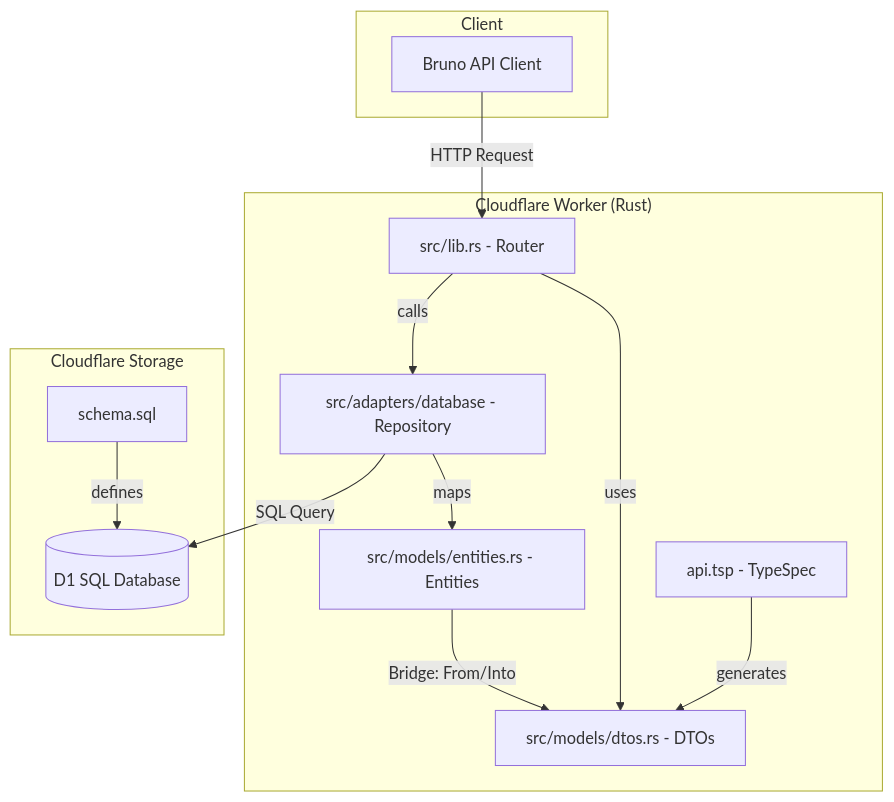
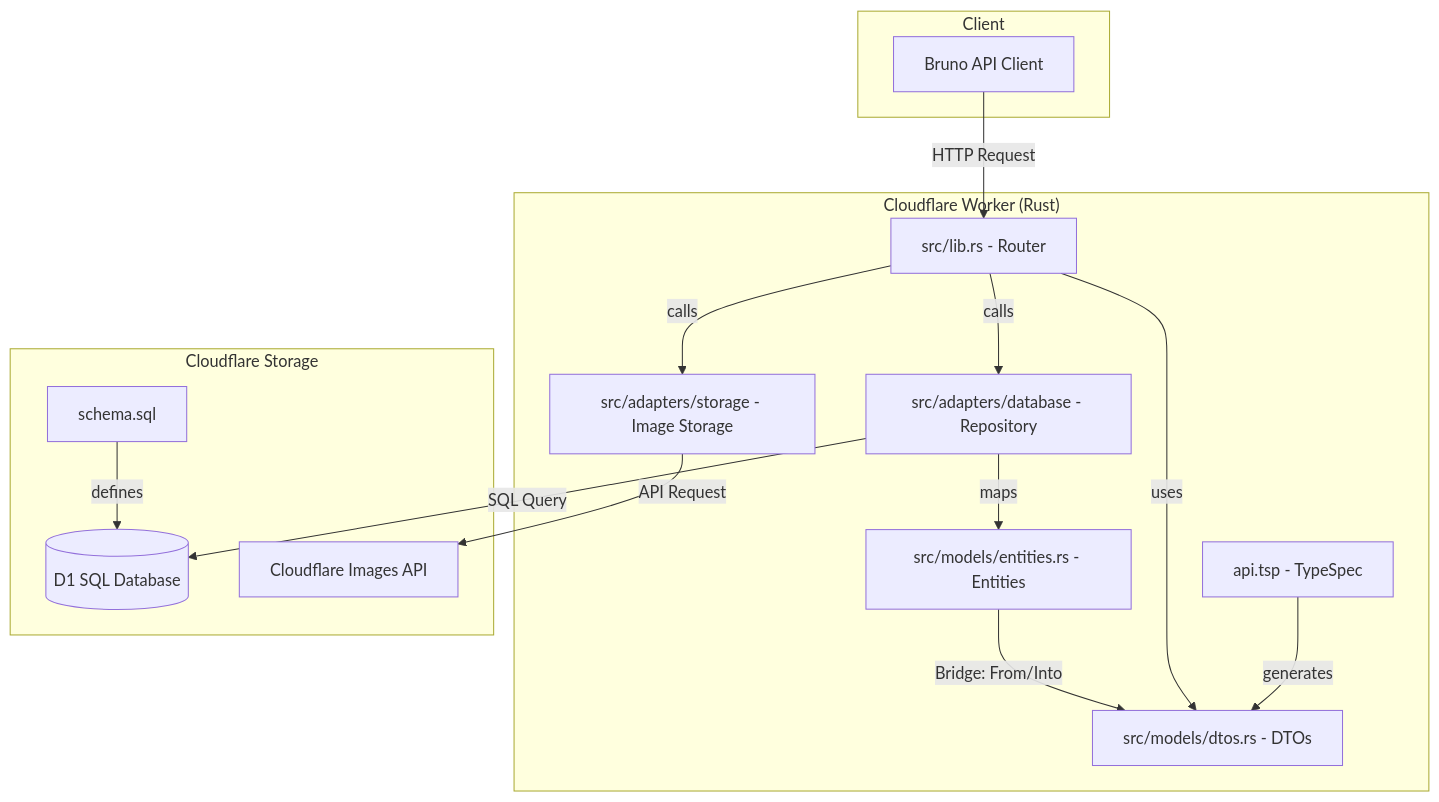
The diagram in README.md (rickfoxcroft/events-backend), drawn with Mermaid before and after one commit. The commit also changed other lines of this file and 13 other files, not shown here.

Commit message:
use Cloudflare Images

````diff
--- a/README.md
+++ b/README.md
@@ -22,29 +23,33 @@
 ```mermaid
 graph TD
     subgraph Client
         Bruno[Bruno API Client]
     end
 
     subgraph "Cloudflare Worker (Rust)"
         Contract[api.tsp - TypeSpec]
         DTOs[src/models/dtos.rs - DTOs]
         Router[src/lib.rs - Router]
         Repo[src/adapters/database - Repository]
+        Storage[src/adapters/storage - Image Storage]
         Entities[src/models/entities.rs - Entities]
 
         Contract -- generates --> DTOs
         Router -- uses --> DTOs
         Router -- calls --> Repo
+        Router -- calls --> Storage
         Repo -- maps --> Entities
         Entities -- Bridge: From/Into --> DTOs
     end
 
     subgraph "Cloudflare Storage"
         D1[(D1 SQL Database)]
+        CFImages[Cloudflare Images API]
         Schema[schema.sql]
     end
 
     Bruno -- HTTP Request --> Router
     Repo -- SQL Query --> D1
+    Storage -- API Request --> CFImages
     Schema -- defines --> D1
 ```
````
